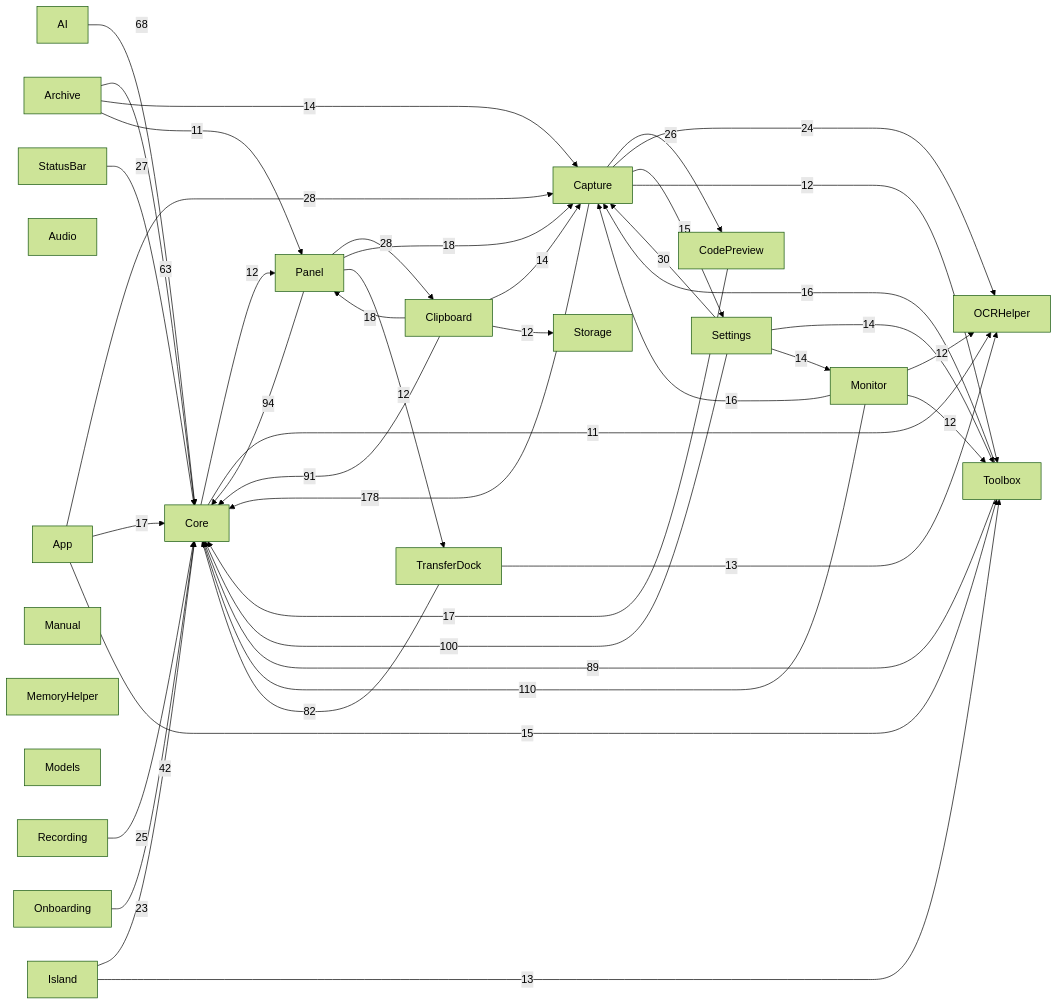
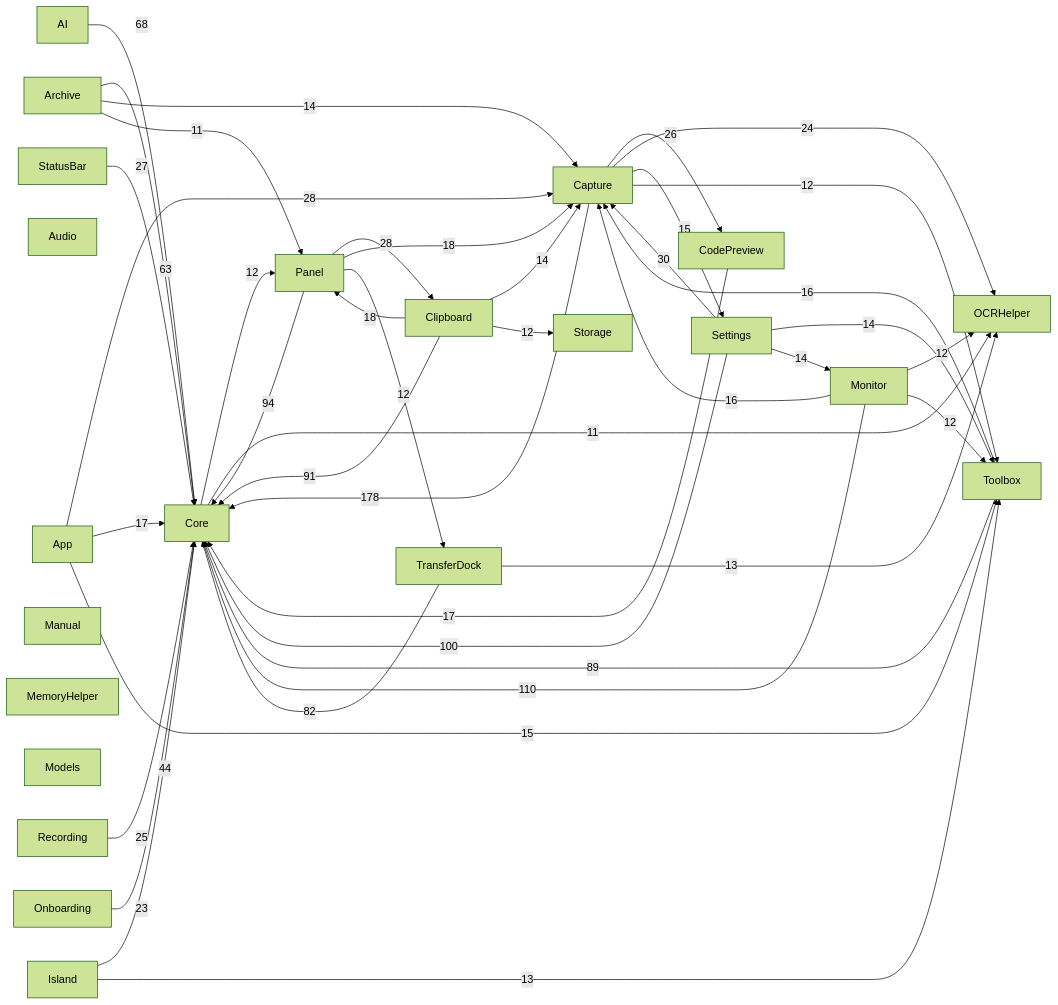
Before and after one commit to sxyq/Kitnest: the diagram in docs/00-总览/模块依赖图.md, drawn with Mermaid (forest theme). The commit also changed other lines of this file and 4 other files, not shown here.

````diff
--- a/docs/00-总览/模块依赖图.md
+++ b/docs/00-总览/模块依赖图.md
@@ -36,65 +36,65 @@
 ```mermaid
 flowchart LR
   M0["AI"]
   M1["App"]
   M2["Archive"]
   M3["Audio"]
   M4["Capture"]
   M5["Clipboard"]
   M6["CodePreview"]
   M7["Core"]
   M8["Island"]
   M9["Manual"]
   M10["MemoryHelper"]
   M11["Models"]
   M12["Monitor"]
   M13["OCRHelper"]
   M14["Onboarding"]
   M15["Panel"]
   M16["Recording"]
   M17["Settings"]
   M18["StatusBar"]
   M19["Storage"]
   M20["Toolbox"]
   M21["TransferDock"]
   M4 -->|178| M7
   M12 -->|110| M7
   M17 -->|100| M7
   M15 -->|94| M7
   M5 -->|91| M7
   M20 -->|89| M7
   M21 -->|82| M7
   M0 -->|68| M7
   M2 -->|63| M7
-  M8 -->|42| M7
+  M8 -->|44| M7
   M17 -->|30| M4
   M1 -->|28| M4
   M15 -->|28| M5
   M18 -->|27| M7
   M4 -->|26| M6
   M16 -->|25| M7
   M4 -->|24| M13
   M14 -->|23| M7
   M15 -->|18| M4
   M5 -->|18| M15
   M1 -->|17| M7
   M6 -->|17| M7
   M12 -->|16| M4
   M20 -->|16| M4
   M1 -->|15| M20
   M4 -->|15| M17
   M17 -->|14| M20
   M17 -->|14| M12
   M2 -->|14| M4
   M5 -->|14| M4
   M8 -->|13| M20
   M21 -->|13| M13
   M7 -->|12| M15
   M4 -->|12| M20
   M12 -->|12| M13
   M12 -->|12| M20
   M15 -->|12| M21
   M5 -->|12| M19
   M7 -->|11| M13
   M2 -->|11| M15
 ```
````
